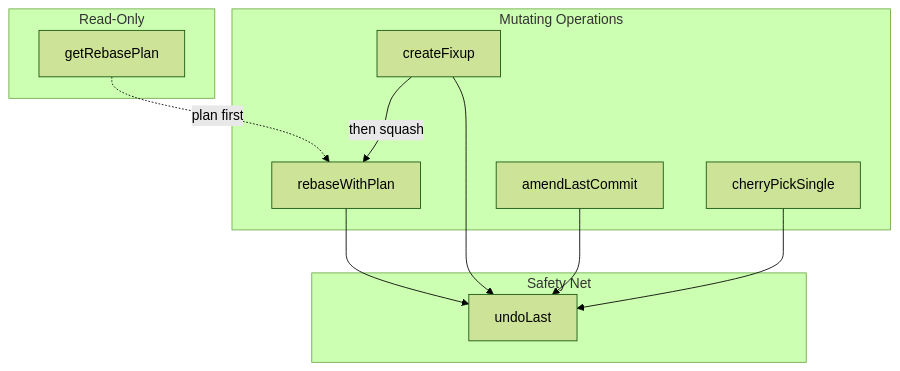
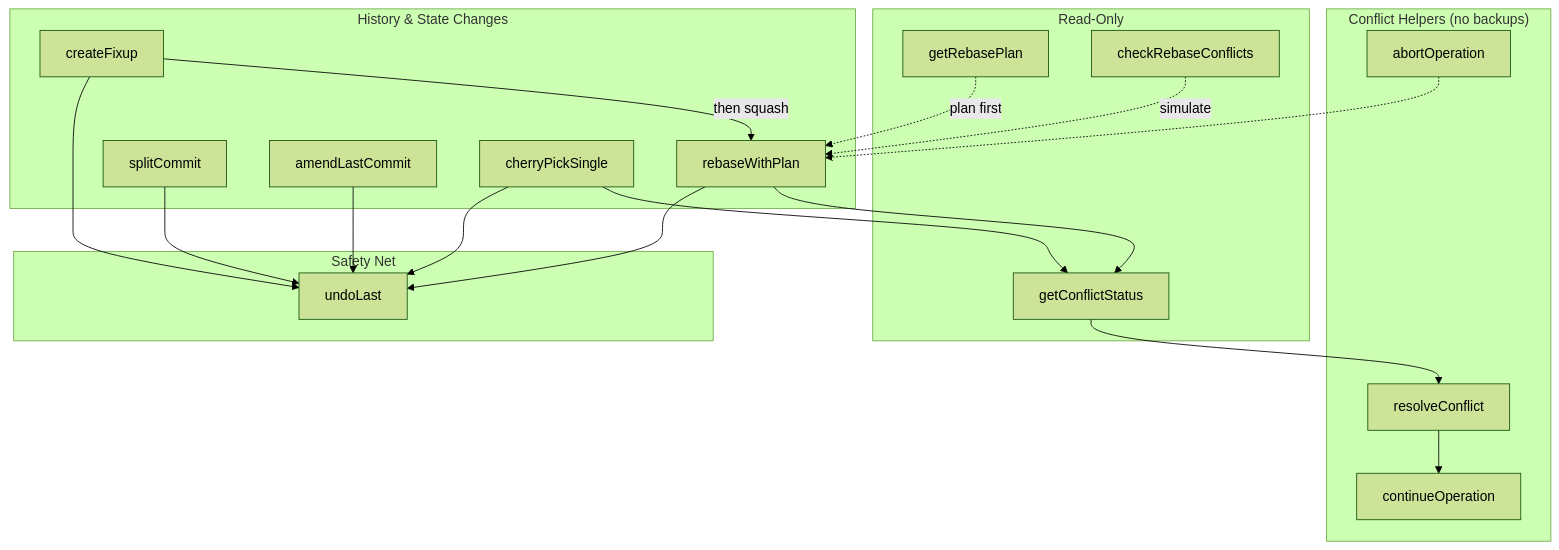
Before and after one commit to yaniv-golan/git-hex: the second of 2 diagrams in README.md, drawn with Mermaid (forest theme).

Commit message:
Update README tool diagram

````diff
--- a/README.md
+++ b/README.md
@@ -35,25 +35,42 @@
 ```mermaid
 flowchart TB
     subgraph readonly["Read-Only"]
         plan[getRebasePlan]
+        predict[checkRebaseConflicts]
+        conflictStatus[getConflictStatus]
     end
     
-    subgraph mutating["Mutating Operations"]
+    subgraph mutating["History & State Changes"]
         rebase[rebaseWithPlan]
+        split[splitCommit]
         fixup[createFixup]
         amend[amendLastCommit]
         cherry[cherryPickSingle]
+    end
+    
+    subgraph conflict["Conflict Helpers (no backups)"]
+        resolve[resolveConflict]
+        cont[continueOperation]
+        abort[abortOperation]
     end
     
     subgraph safety["Safety Net"]
         undo[undoLast]
     end
     
+    predict -.->|"simulate"| rebase
     plan -.->|"plan first"| rebase
     fixup -->|"then squash"| rebase
     
+    rebase --> conflictStatus
+    cherry --> conflictStatus
+    conflictStatus --> resolve
+    resolve --> cont
+    abort -.-> rebase
+
     rebase --> undo
+    split --> undo
     fixup --> undo
     amend --> undo
     cherry --> undo
 ```
````
